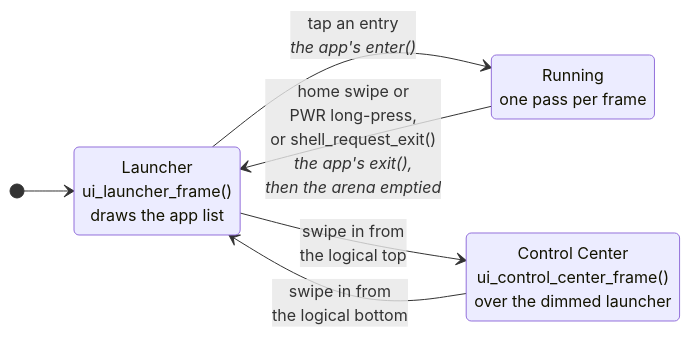
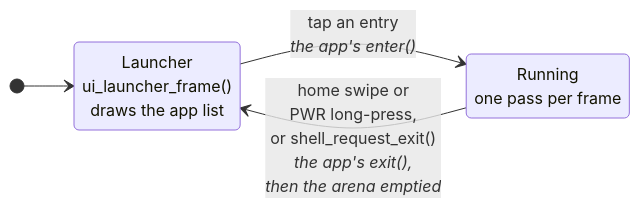
Before and after one commit to jose-villegas/autana: the second of 5 diagrams in docs/Firmware-Architecture.md, drawn with Mermaid. The commit also changed other lines of this file and 6 other files, not shown here.

````diff
--- a/docs/Firmware-Architecture.md
+++ b/docs/Firmware-Architecture.md
@@ -264,14 +263,11 @@
 ```mermaid
 stateDiagram-v2
     direction LR
     [*] --> Launcher
 
     Running : Running<br/>one pass per frame
     Launcher : Launcher<br/>ui_launcher_frame()<br/>draws the app list
-    ControlCenter : Control Center<br/>ui_control_center_frame()<br/>over the dimmed launcher
 
     Launcher --> Running: tap an entry<br/><i>the app's enter()</i>
     Running --> Launcher: home swipe or<br/>PWR long-press,<br/>or shell_request_exit()<br/><i>the app's exit(),<br/>then the arena emptied</i>
-    Launcher --> ControlCenter: swipe in from<br/>the logical top
-    ControlCenter --> Launcher: swipe in from<br/>the logical bottom
 ```
````
